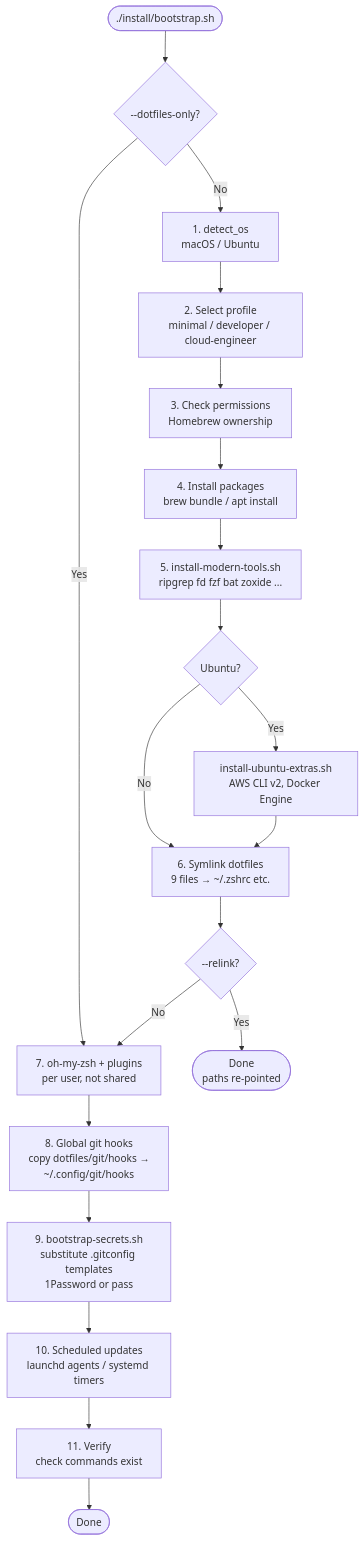
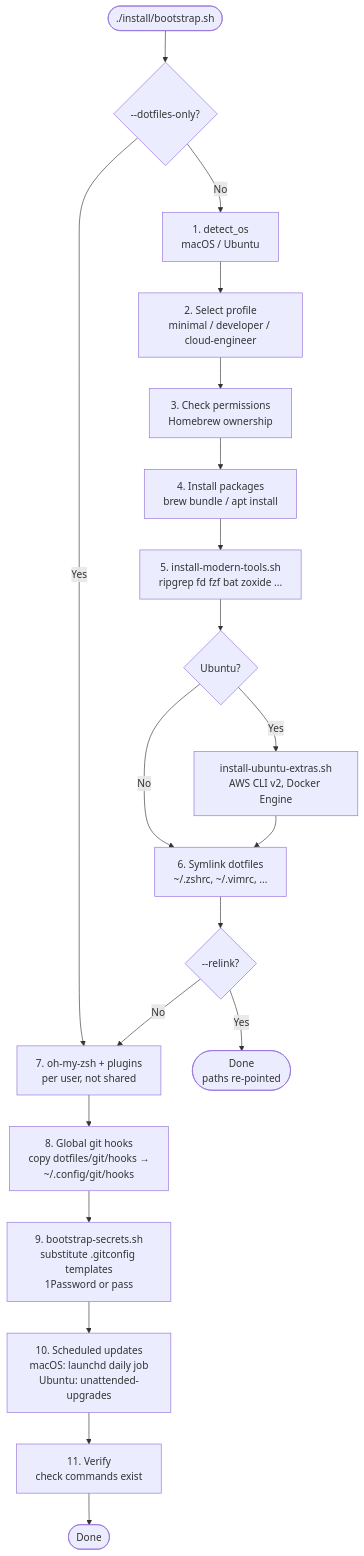
Before and after one commit to ns408/ns-bootstrap: the first of 3 diagrams in .ai/ARCHITECTURE.md, drawn with Mermaid. The commit also changed other lines of this file and 3 other files, not shown here.

First line of the commit message:
docs: bring architecture notes in line with the current repo

````diff
--- a/.ai/ARCHITECTURE.md
+++ b/.ai/ARCHITECTURE.md
@@ -37,26 +37,26 @@
 ```mermaid
 flowchart TD
     A([./install/bootstrap.sh]) --> B{--dotfiles-only?}
 
     B -->|No| C[1. detect_os\nmacOS / Ubuntu]
     B -->|Yes| L
 
     C --> D[2. Select profile\nminimal / developer / cloud-engineer]
     D --> E[3. Check permissions\nHomebrew ownership]
     E --> F[4. Install packages\nbrew bundle / apt install]
     F --> G[5. install-modern-tools.sh\nripgrep fd fzf bat zoxide ...]
     G --> H{Ubuntu?}
     H -->|Yes| I[install-ubuntu-extras.sh\nAWS CLI v2, Docker Engine]
     H -->|No| J
-    I --> J[6. Symlink dotfiles\n9 files → ~/.zshrc etc.]
+    I --> J[6. Symlink dotfiles\n~/.zshrc, ~/.vimrc, ... ]
     J --> R{--relink?}
     R -->|Yes| S([Done\npaths re-pointed])
     R -->|No| L
 
     L[7. oh-my-zsh + plugins\nper user, not shared]
     L --> M[8. Global git hooks\ncopy dotfiles/git/hooks →\n~/.config/git/hooks]
     M --> N[9. bootstrap-secrets.sh\nsubstitute .gitconfig templates\n1Password or pass]
-    N --> O[10. Scheduled updates\nlaunchd agents / systemd timers]
+    N --> O[10. Scheduled updates\nmacOS: launchd daily job\nUbuntu: unattended-upgrades]
     O --> P[11. Verify\ncheck commands exist]
     P --> Q([Done])
 ```
````
